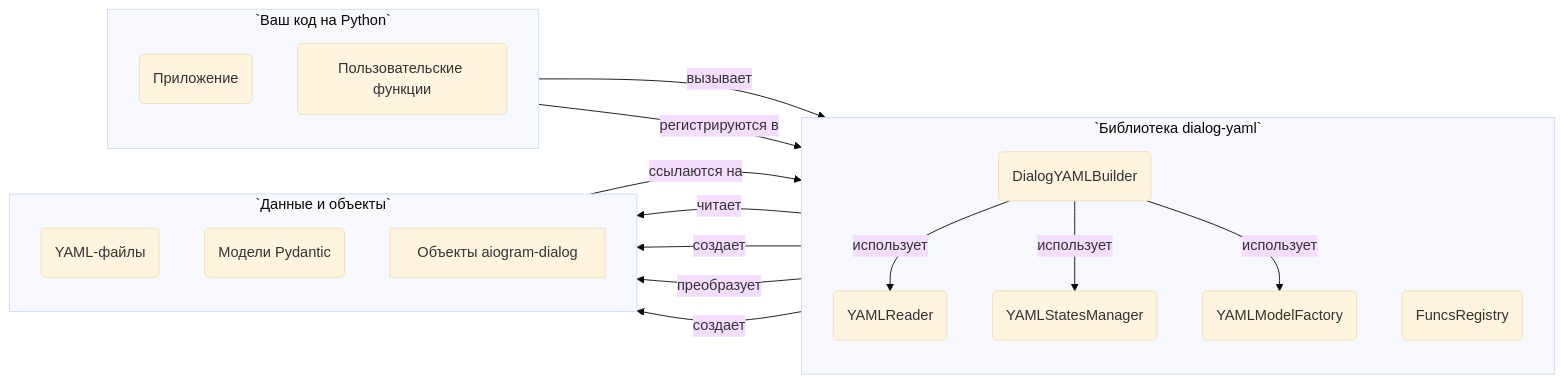
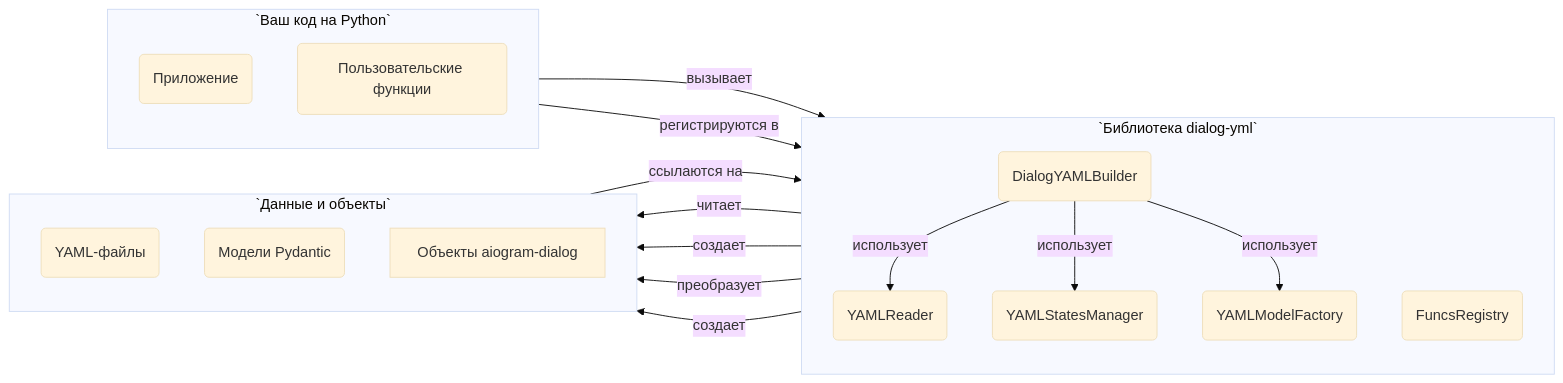
One commit to smkthat/dialog-yaml changed the second of 2 diagrams in README.ru.md. Above: the diagram before and after it, drawn with Mermaid (base theme). The commit also changed other lines of this file and 110 other files, not shown here.

First line of the commit message:
[refactor] Rename project from dialog-yaml to dialog-yml and restructure package layout

````diff
--- a/README.ru.md
+++ b/README.ru.md
@@ -63,39 +63,39 @@
 ```mermaid
 graph LR
     subgraph `Ваш код на Python`
         direction TB
         App(Приложение)
         Funcs(Пользовательские функции)
     end
 
-    subgraph `Библиотека dialog-yaml`
+    subgraph `Библиотека dialog-yml`
         direction TB
         Builder(DialogYAMLBuilder)
         Reader(YAMLReader)
         States(YAMLStatesManager)
         Factory(YAMLModelFactory)
         FuncReg(FuncsRegistry)
     end
 
     subgraph `Данные и объекты`
         direction TB
         YAML(YAML-файлы)
         PydanticMs(Модели Pydantic)
         AD["Объекты aiogram-dialog"]
     end
 
     App -- "вызывает" --> Builder
     Funcs -- "регистрируются в" --> FuncReg
 
     Builder -- "использует" --> Reader
     Builder -- "использует" --> States
     Builder -- "использует" --> Factory
 
     Reader -- "читает" --> YAML
     
     Factory -- "создает" --> PydanticMs
     PydanticMs -- "ссылаются на" --> FuncReg
 
     Builder -- "преобразует" --> PydanticMs
     Builder -- "создает" --> AD
 ```
````
